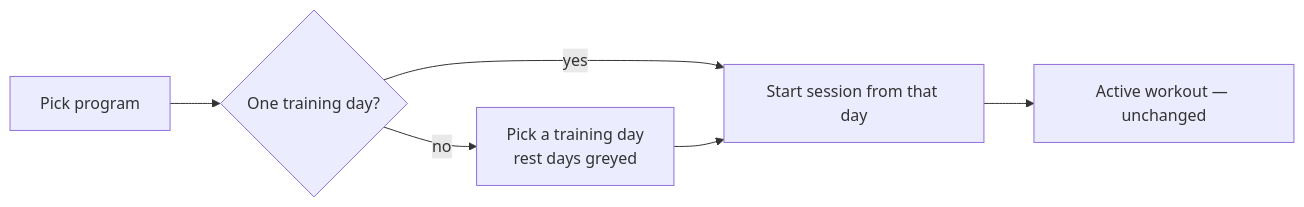
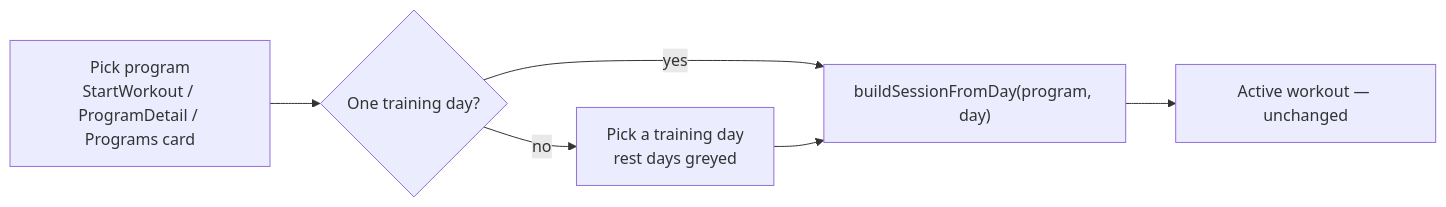
The second of 2 diagrams in docs/superpowers/specs/2026-07-19-program-days-design.md (Cawlumm/lyftr), drawn with Mermaid before and after one commit. The commit also changed other lines of this file, not shown here.

First line of the commit message:
docs: revise program-days spec after dev + frontend review

````diff
--- a/docs/superpowers/specs/2026-07-19-program-days-design.md
+++ b/docs/superpowers/specs/2026-07-19-program-days-design.md
@@ -211,8 +303,8 @@
 ```mermaid
 flowchart LR
-    A[Pick program] --> B{One training day?}
-    B -- yes --> D[Start session from that day]
+    A[Pick program<br/>StartWorkout / ProgramDetail / Programs card] --> B{One training day?}
+    B -- yes --> D["buildSessionFromDay(program, day)"]
     B -- no --> C[Pick a training day<br/>rest days greyed]
     C --> D
     D --> E[Active workout — unchanged]
 ```
````
